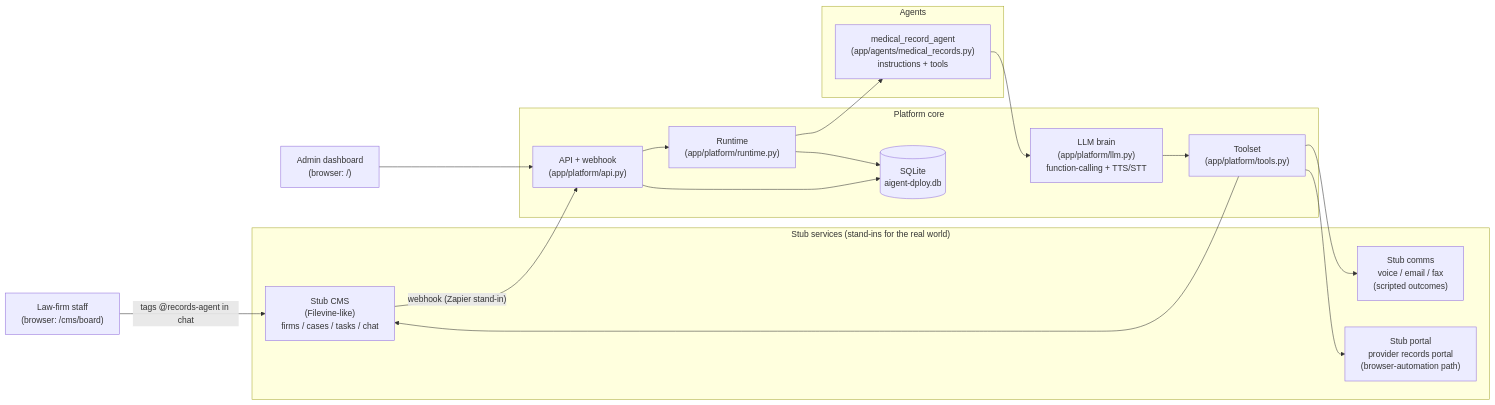
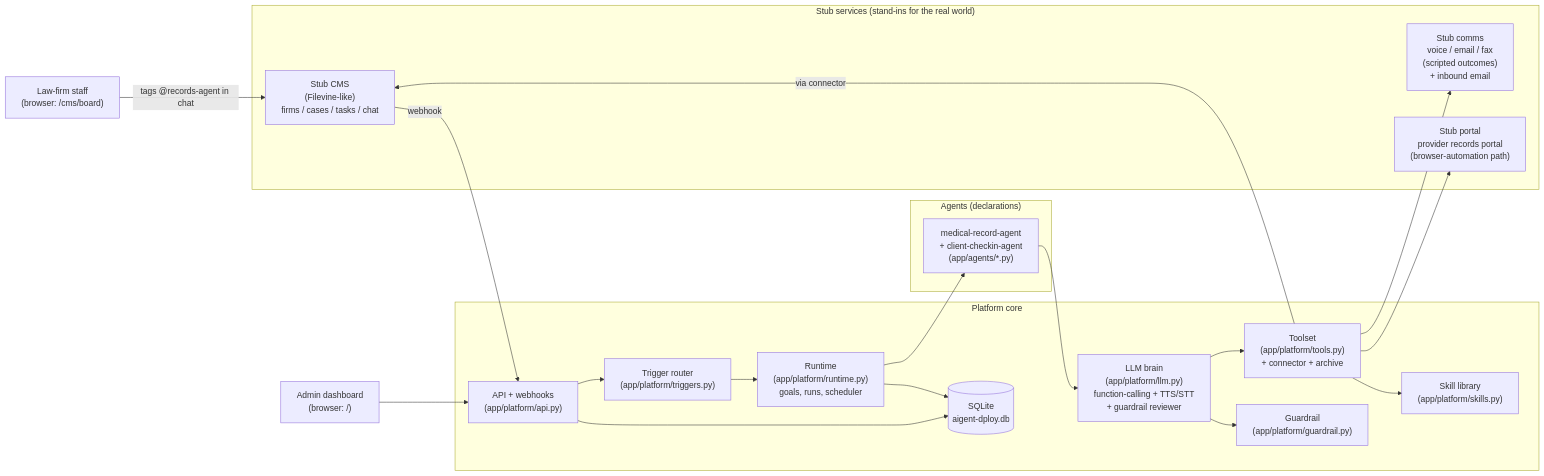
The first of 8 diagrams in GUIDE.md (rehanvipin/aigent-dploy), drawn with Mermaid before and after one commit. The commit also changed other lines of this file and 30 other files, not shown here.

Commit message:
redesign architecture

````diff
--- a/GUIDE.md
+++ b/GUIDE.md
@@ -21,36 +31,42 @@
 ```mermaid
 flowchart LR
     subgraph Stubs["Stub services (stand-ins for the real world)"]
         CMS["Stub CMS\n(Filevine-like)\nfirms / cases / tasks / chat"]
-        COMMS["Stub comms\nvoice / email / fax\n(scripted outcomes)"]
+        COMMS["Stub comms\nvoice / email / fax\n(scripted outcomes)\n+ inbound email"]
         PORTAL["Stub portal\nprovider records portal\n(browser-automation path)"]
     end
 
     subgraph Platform["Platform core"]
-        API["API + webhook\n(app/platform/api.py)"]
-        RUNTIME["Runtime\n(app/platform/runtime.py)"]
-        LLM["LLM brain\n(app/platform/llm.py)\nfunction-calling + TTS/STT"]
-        TOOLS["Toolset\n(app/platform/tools.py)"]
+        API["API + webhooks\n(app/platform/api.py)"]
+        TRIG["Trigger router\n(app/platform/triggers.py)"]
+        RUNTIME["Runtime\n(app/platform/runtime.py)\ngoals, runs, scheduler"]
+        LLM["LLM brain\n(app/platform/llm.py)\nfunction-calling + TTS/STT\n+ guardrail reviewer"]
+        TOOLS["Toolset\n(app/platform/tools.py)\n+ connector + archive"]
+        SKILLS["Skill library\n(app/platform/skills.py)"]
+        GUARD["Guardrail\n(app/platform/guardrail.py)"]
         DB[("SQLite\naigent-dploy.db")]
     end
 
-    subgraph Agents["Agents"]
-        MR["medical_record_agent\n(app/agents/medical_records.py)\ninstructions + tools"]
+    subgraph Agents["Agents (declarations)"]
+        MR["medical-record-agent\n+ client-checkin-agent\n(app/agents/*.py)"]
     end
 
     STAFF["Law-firm staff\n(browser: /cms/board)"]
     ADMIN["Admin dashboard\n(browser: /)"]
 
     STAFF -- "tags @records-agent in chat" --> CMS
-    CMS -- "webhook (Zapier stand-in)" --> API
-    API --> RUNTIME
+    CMS -- "webhook" --> API
+    API --> TRIG
+    TRIG --> RUNTIME
     RUNTIME --> MR
     MR --> LLM
     LLM --> TOOLS
-    TOOLS --> CMS
+    LLM --> GUARD
+    TOOLS -- "via connector" --> CMS
     TOOLS --> COMMS
     TOOLS --> PORTAL
+    TOOLS --> SKILLS
     RUNTIME --> DB
     API --> DB
     ADMIN --> API
 ```
````
